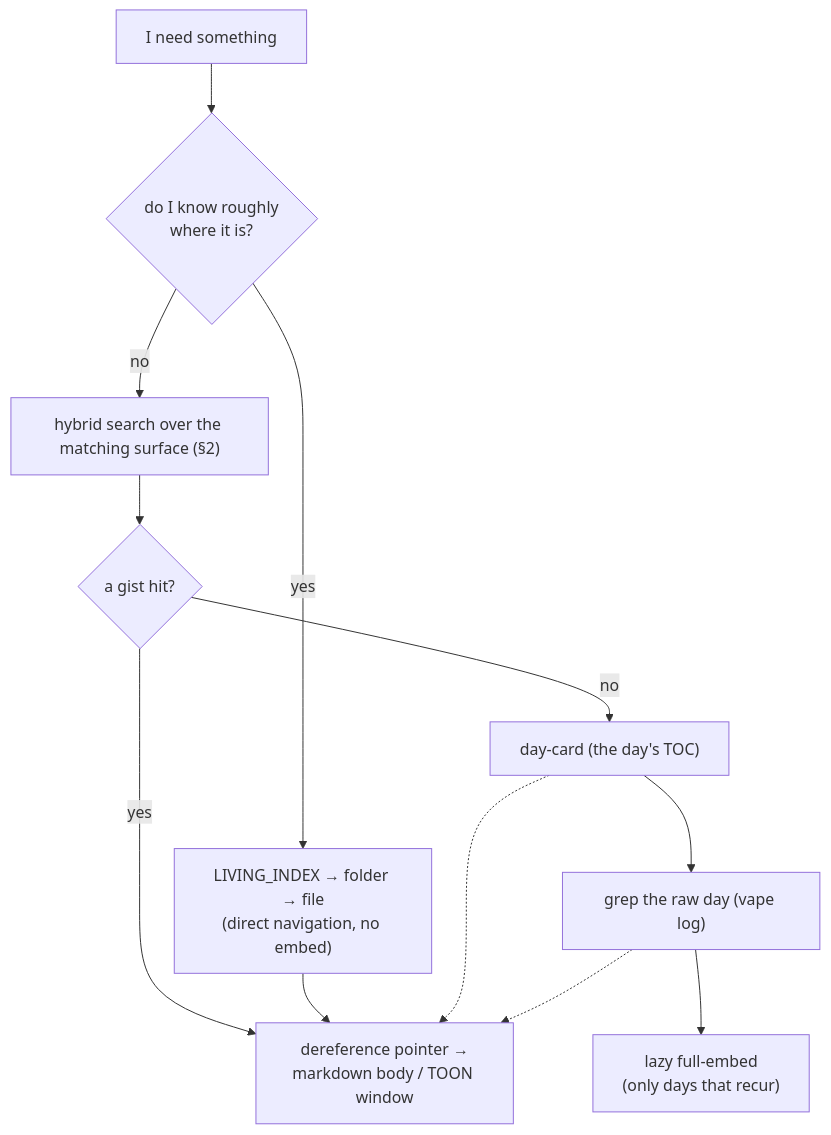
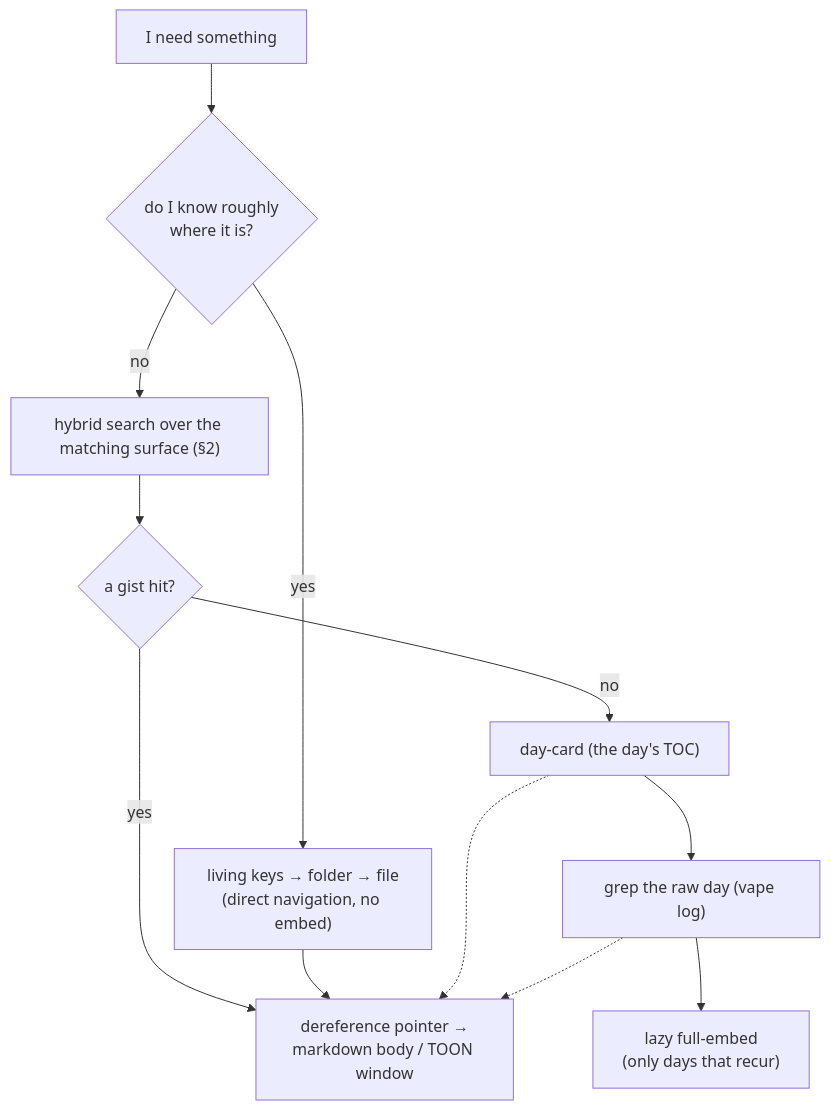
The fourth of 4 diagrams in work_dir/saori/zero_to_one_memory/04_exploration_and_retrieval_strategy_details.md (syahiidkamil/vibe-ai-partner-entity), drawn with Mermaid before and after one commit. The commit also changed other lines of this file and 2 other files, not shown here.

````diff
--- a/work_dir/saori/zero_to_one_memory/04_exploration_and_retrieval_strategy_details.md
+++ b/work_dir/saori/zero_to_one_memory/04_exploration_and_retrieval_strategy_details.md
@@ -210,14 +211,14 @@
 ```mermaid
 flowchart TB
     NEED["I need something"] --> KNOW{"do I know roughly<br/>where it is?"}
-    KNOW -->|yes| NAV["LIVING_INDEX → folder → file<br/>(direct navigation, no embed)"]
+    KNOW -->|yes| NAV["living keys → folder → file<br/>(direct navigation, no embed)"]
     KNOW -->|no| SRCH["hybrid search over the matching surface (§2)"]
     SRCH --> HIT{"a gist hit?"}
     HIT -->|yes| DEREF["dereference pointer →<br/>markdown body / TOON window"]
     HIT -->|no| FB1["day-card (the day's TOC)"]
     FB1 --> FB2["grep the raw day (vape log)"]
     FB2 --> FB3["lazy full-embed<br/>(only days that recur)"]
     NAV --> DEREF
     FB1 -.-> DEREF
     FB2 -.-> DEREF
 ```
````
